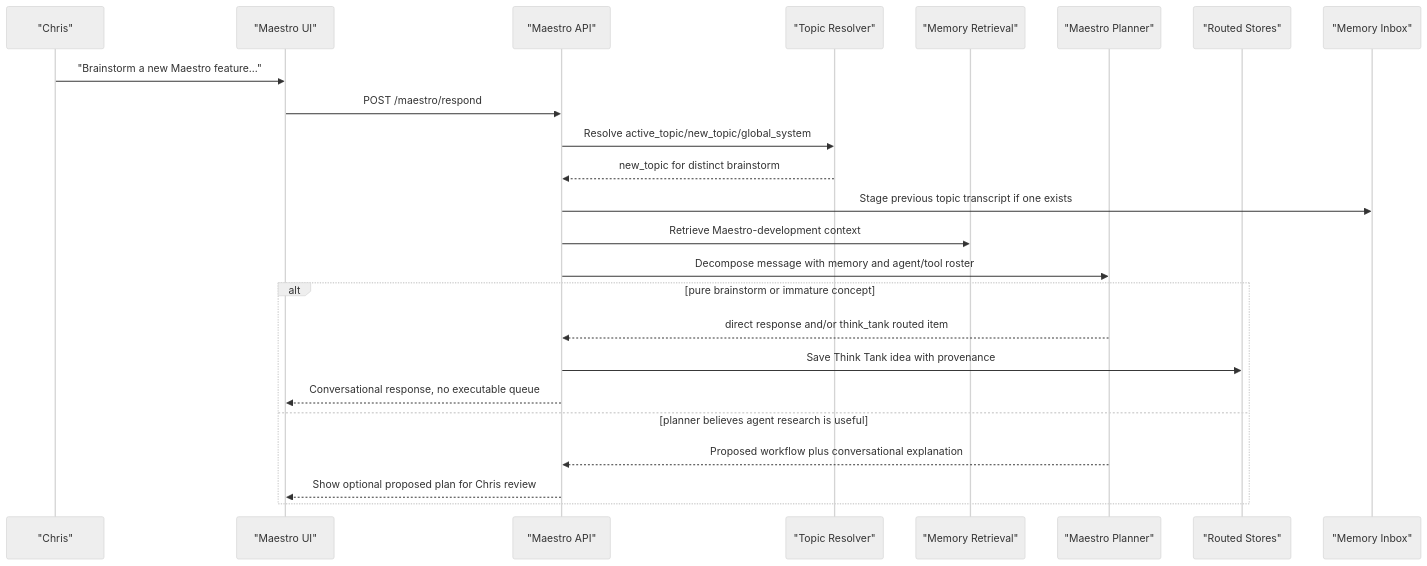
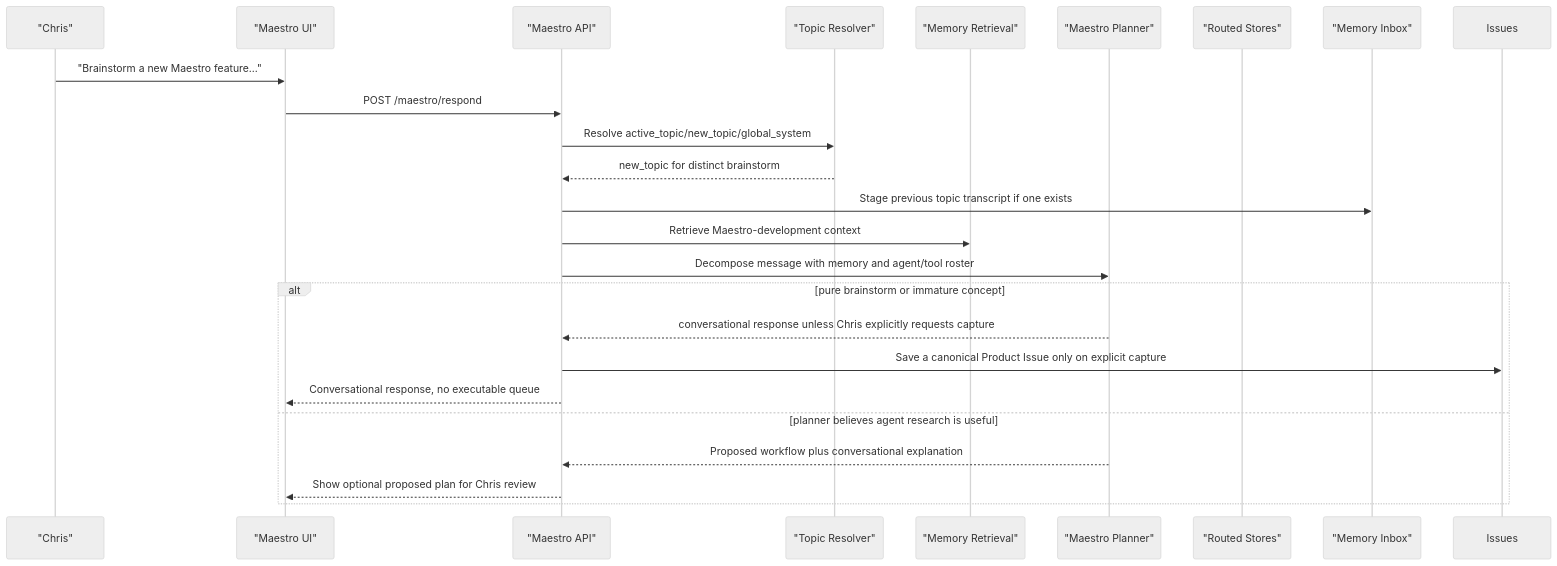
The first of 5 diagrams in tests/behavior/001_code_feature_design_discussion.md (Caliperti1/Maestro), drawn with Mermaid (neutral theme) before and after one commit. The commit also changed 40 other files, not shown here.

Commit message:
Harden product issue portfolio workflows

````diff
--- a/tests/behavior/001_code_feature_design_discussion.md
+++ b/tests/behavior/001_code_feature_design_discussion.md
@@ -65,27 +65,27 @@
 ```mermaid
 sequenceDiagram
     participant C as "Chris"
     participant UI as "Maestro UI"
     participant API as "Maestro API"
     participant Topic as "Topic Resolver"
     participant Retriever as "Memory Retrieval"
     participant Planner as "Maestro Planner"
     participant Routed as "Routed Stores"
     participant Inbox as "Memory Inbox"
 
     C->>UI: "Brainstorm a new Maestro feature..."
     UI->>API: POST /maestro/respond
     API->>Topic: Resolve active_topic/new_topic/global_system
     Topic-->>API: new_topic for distinct brainstorm
     API->>Inbox: Stage previous topic transcript if one exists
     API->>Retriever: Retrieve Maestro-development context
     API->>Planner: Decompose message with memory and agent/tool roster
     alt pure brainstorm or immature concept
-        Planner-->>API: direct response and/or think_tank routed item
-        API->>Routed: Save Think Tank idea with provenance
+        Planner-->>API: conversational response unless Chris explicitly requests capture
+        API->>Issues: Save a canonical Product Issue only on explicit capture
         API-->>UI: Conversational response, no executable queue
     else planner believes agent research is useful
         Planner-->>API: Proposed workflow plus conversational explanation
         API-->>UI: Show optional proposed plan for Chris review
     end
 ```
````
